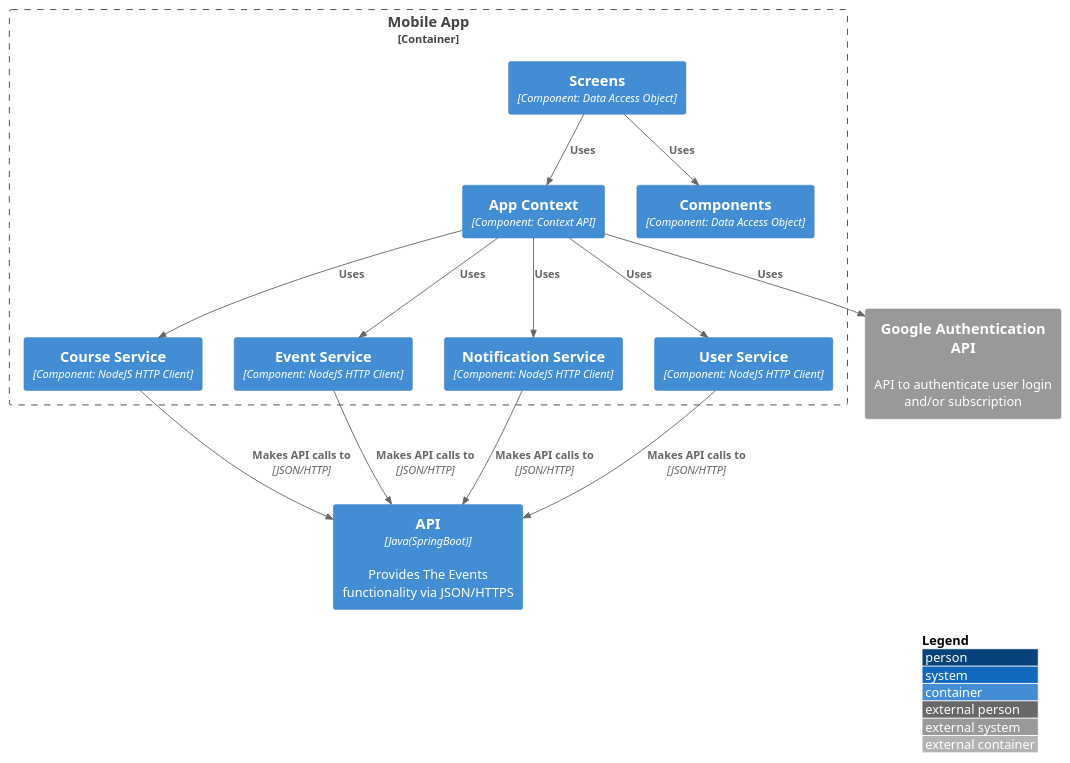
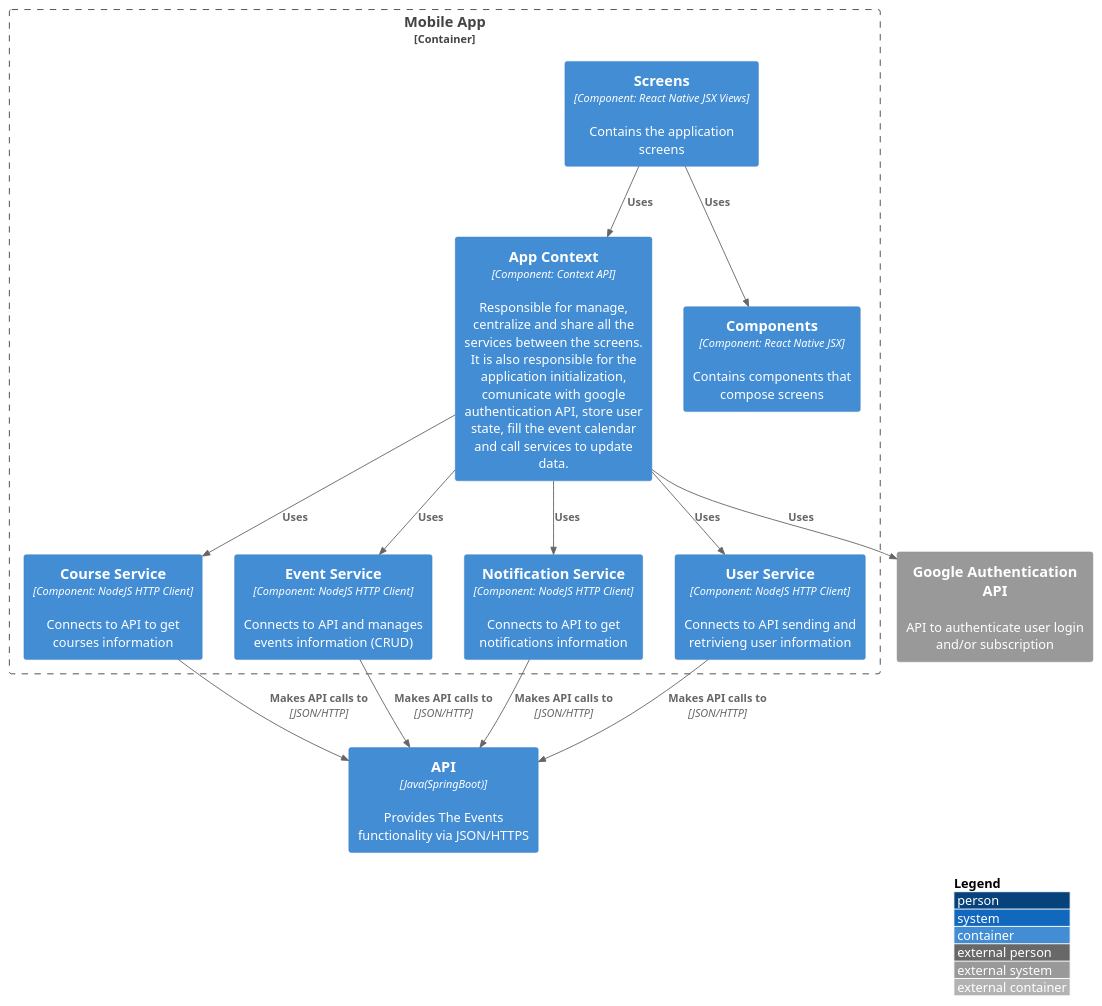
The diagram in src/1 Unical UPE System/1.2 Mobile App/mobileAppComponent.puml (DahiseDias/UniCalArquitetura), drawn with PlantUML before and after one commit. The commit also changed 2 other files, not shown here.

Commit message:
Mobile app refactored,  EventSystem class diagram implented

```diff
--- a/src/1 Unical UPE System/1.2 Mobile App/mobileAppComponent.puml
+++ b/src/1 Unical UPE System/1.2 Mobile App/mobileAppComponent.puml
@@ -1,34 +1,34 @@
 @startuml
 !include https://raw.githubusercontent.com/adrianvlupu/C4-PlantUML/latest/C4_Container.puml
 
 LAYOUT_WITH_LEGEND()
 
 Container(api, "API", "Java(SpringBoot)", "Provides The Events functionality via JSON/HTTPS")
 System_Ext(gAuth, "Google Authentication API", "API to authenticate user login and/or subscription")
 Container_Boundary(mobileApp, "Mobile App"){
-    Container(appContext, "App Context", "Component: Context API", "")
-    Container(courseService, "Course Service", "Component: NodeJS HTTP Client", "")
-    Container(eventService, "Event Service", "Component: NodeJS HTTP Client", "")
-    Container(NotificationService, "Notification Service", "Component: NodeJS HTTP Client", "")
-    Container(userService, "User Service", "Component: NodeJS HTTP Client", "")
+    Container(appContext, "App Context", "Component: Context API", "Responsible for manage, centralize and share all the services between the screens.     It is also responsible for the application initialization, comunicate with google authentication API, store user state, fill the event calendar and call services to update data.")
+    Container(courseService, "Course Service", "Component: NodeJS HTTP Client", "Connects to API to get courses information")
+    Container(eventService, "Event Service", "Component: NodeJS HTTP Client", "Connects to API and manages events information (CRUD)")
+    Container(NotificationService, "Notification Service", "Component: NodeJS HTTP Client", "Connects to API to get notifications information")
+    Container(userService, "User Service", "Component: NodeJS HTTP Client", "Connects to API sending and retrivieng user information")
 
-    Container(screens, "Screens", "Component: Data Access Object", "")
-    Container(components, "Components", "Component: Data Access Object", "")
+    Container(screens, "Screens", "Component: React Native JSX Views", "Contains the application screens")
+    Container(components, "Components", "Component: React Native JSX", "Contains components that compose screens")
 
     Rel(appContext, eventService, "Uses")
     Rel(appContext, courseService, "Uses")
     Rel(appContext, NotificationService, "Uses")
     Rel(appContext, userService, "Uses")
     Rel(screens, components, "Uses")
     Rel(screens, appContext, "Uses")
 
     Rel(courseService, api, "Makes API calls to", "JSON/HTTP")
     Rel(eventService, api, "Makes API calls to", "JSON/HTTP")
     Rel(NotificationService, api, "Makes API calls to", "JSON/HTTP")
     Rel(userService, api, "Makes API calls to", "JSON/HTTP")
     Rel(appContext, gAuth, "Uses")
 
 }
 
 
 @enduml
```
